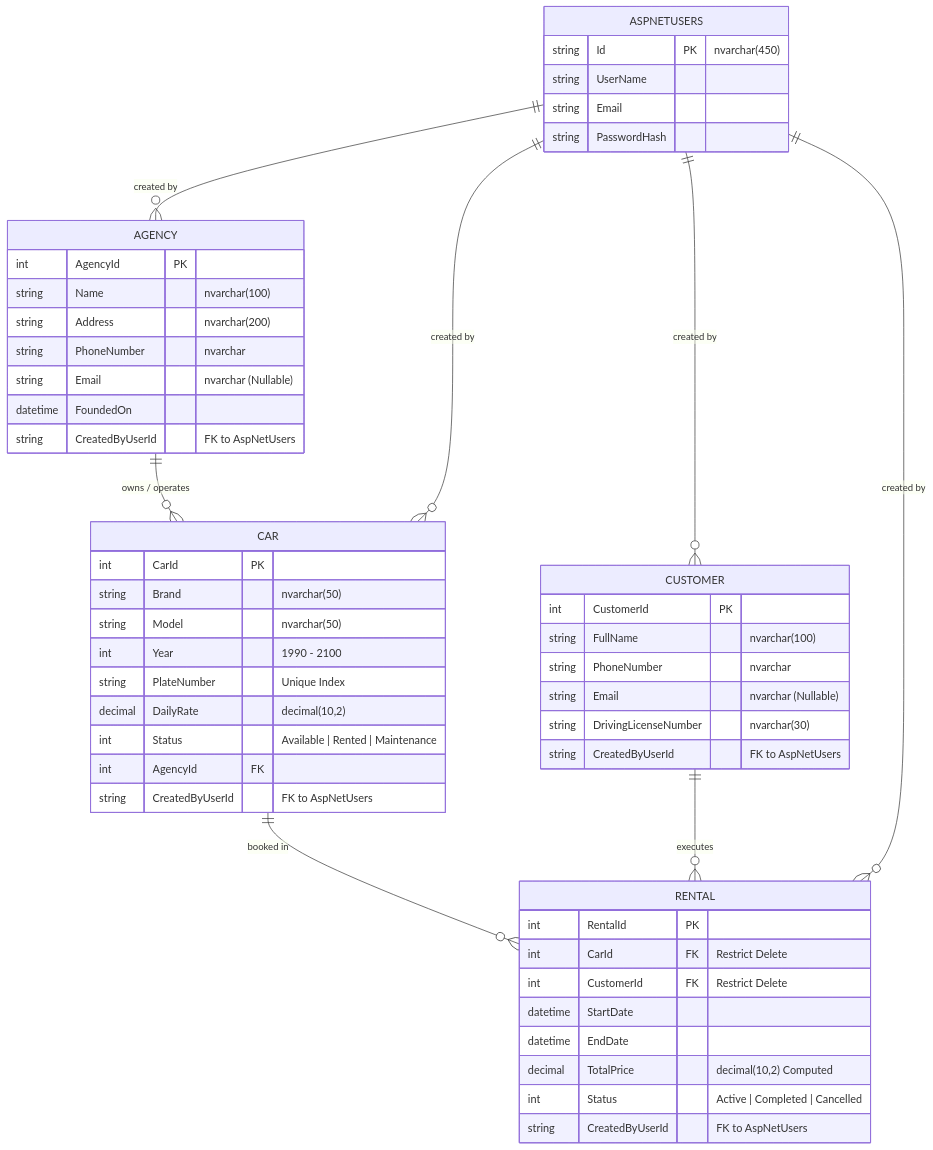
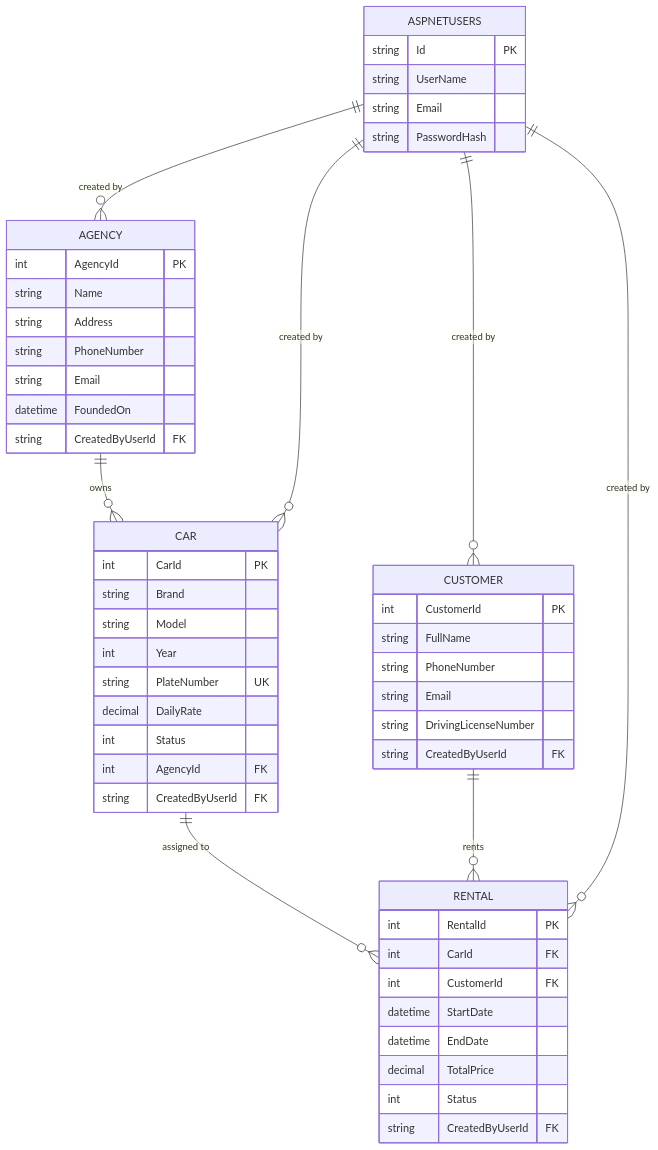
The third of 5 diagrams in README.md (Mohamed-Abdelaty/Car-Agencies-Rental), drawn with Mermaid before and after one commit. The commit also changed other lines of this file, not shown here.

Commit message:
docs: add modern visual README with GitHub diagrams

````diff
--- a/README.md
+++ b/README.md
@@ -170,59 +148,59 @@
 ```mermaid
 erDiagram
-    AGENCY ||--o{ CAR : "owns / operates"
-    CAR ||--o{ RENTAL : "booked in"
-    CUSTOMER ||--o{ RENTAL : "executes"
+    AGENCY ||--o{ CAR : "owns"
+    CAR ||--o{ RENTAL : "assigned to"
+    CUSTOMER ||--o{ RENTAL : "rents"
     ASPNETUSERS ||--o{ AGENCY : "created by"
     ASPNETUSERS ||--o{ CAR : "created by"
     ASPNETUSERS ||--o{ CUSTOMER : "created by"
     ASPNETUSERS ||--o{ RENTAL : "created by"
 
     AGENCY {
         int AgencyId PK
-        string Name "nvarchar(100)"
-        string Address "nvarchar(200)"
-        string PhoneNumber "nvarchar"
-        string Email "nvarchar (Nullable)"
+        string Name
+        string Address
+        string PhoneNumber
+        string Email
         datetime FoundedOn
-        string CreatedByUserId "FK to AspNetUsers"
+        string CreatedByUserId FK
     }
 
     CAR {
         int CarId PK
-        string Brand "nvarchar(50)"
-        string Model "nvarchar(50)"
-        int Year "1990 - 2100"
-        string PlateNumber "Unique Index"
-        decimal DailyRate "decimal(10,2)"
-        int Status "Available | Rented | Maintenance"
+        string Brand
+        string Model
+        int Year
+        string PlateNumber UK
+        decimal DailyRate
+        int Status
         int AgencyId FK
-        string CreatedByUserId "FK to AspNetUsers"
+        string CreatedByUserId FK
     }
 
     CUSTOMER {
         int CustomerId PK
-        string FullName "nvarchar(100)"
-        string PhoneNumber "nvarchar"
-        string Email "nvarchar (Nullable)"
-        string DrivingLicenseNumber "nvarchar(30)"
-        string CreatedByUserId "FK to AspNetUsers"
+        string FullName
+        string PhoneNumber
+        string Email
+        string DrivingLicenseNumber
+        string CreatedByUserId FK
     }
 
     RENTAL {
         int RentalId PK
-        int CarId FK "Restrict Delete"
-        int CustomerId FK "Restrict Delete"
+        int CarId FK
+        int CustomerId FK
         datetime StartDate
         datetime EndDate
-        decimal TotalPrice "decimal(10,2) Computed"
-        int Status "Active | Completed | Cancelled"
-        string CreatedByUserId "FK to AspNetUsers"
+        decimal TotalPrice
+        int Status
+        string CreatedByUserId FK
     }
 
     ASPNETUSERS {
-        string Id PK "nvarchar(450)"
+        string Id PK
         string UserName
         string Email
         string PasswordHash
     }
 ```
````
